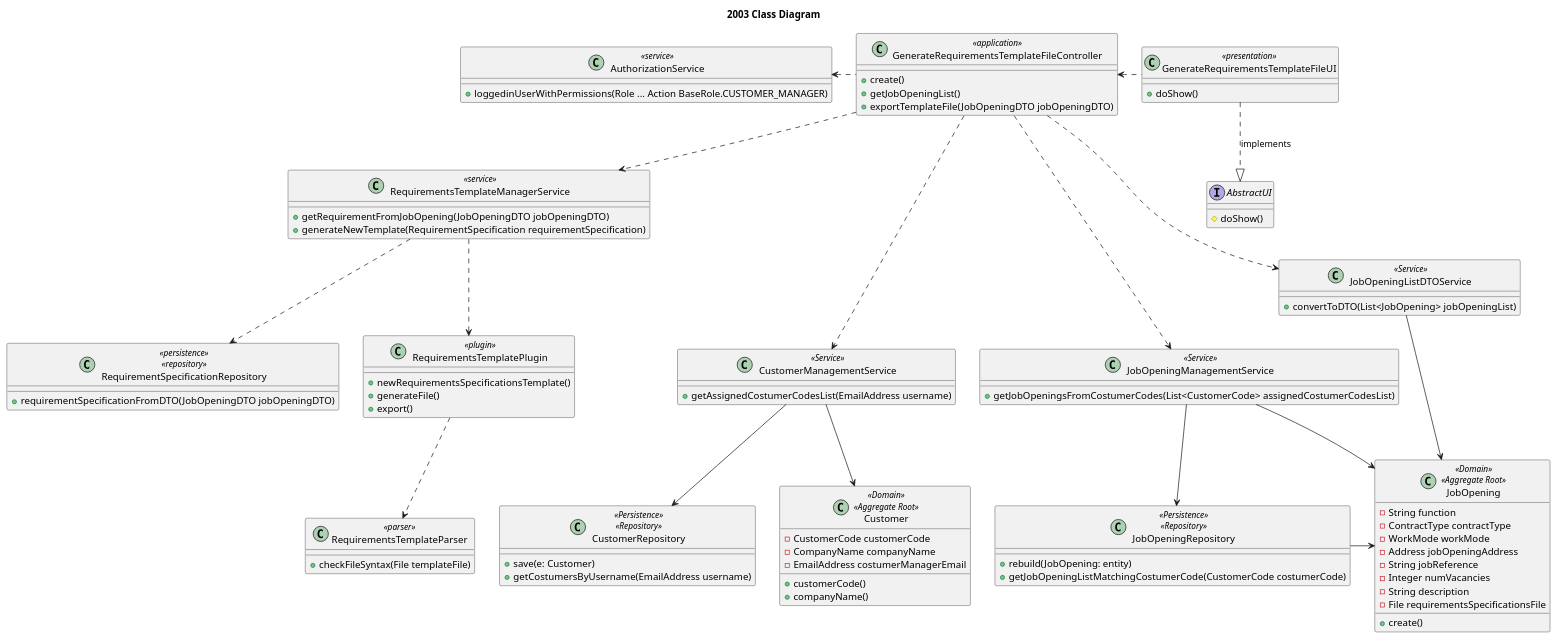
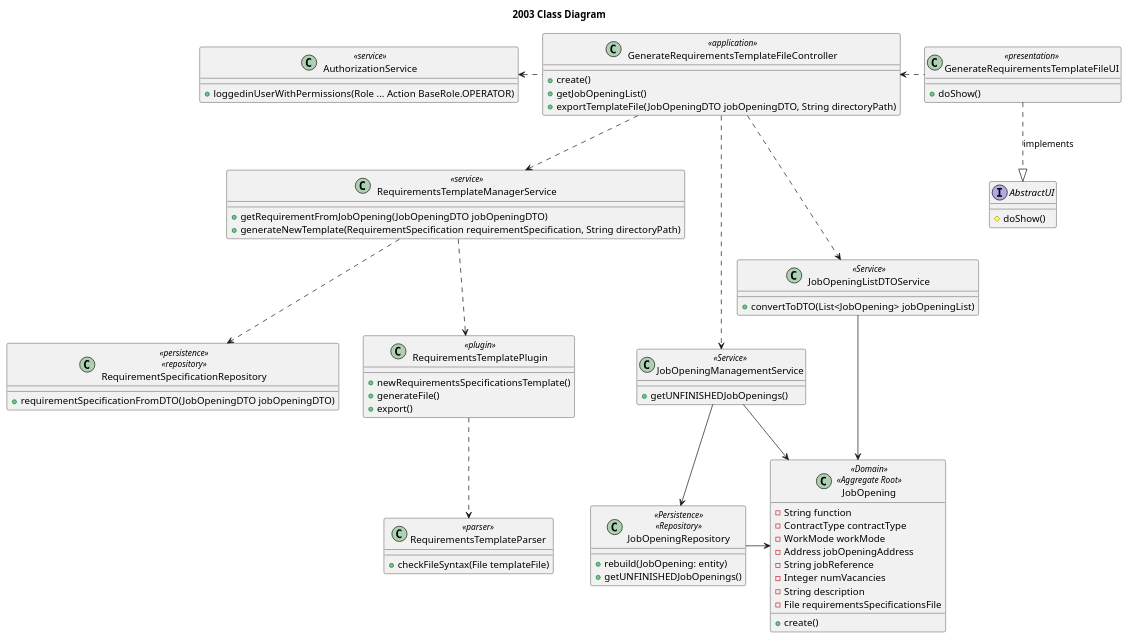
One commit to rita-barbosa/LAPR4-2324 changed the diagram in docs/sb_us_2003/US2003_Class_Diagram/us2003_class_diagram.puml. Above: the diagram before and after it, drawn with PlantUML. The commit also changed 4 other files, not shown here.

First line of the commit message:
docs: US2003 design diagram update

```diff
--- a/docs/sb_us_2003/US2003_Class_Diagram/us2003_class_diagram.puml
+++ b/docs/sb_us_2003/US2003_Class_Diagram/us2003_class_diagram.puml
@@ -1,109 +1,88 @@
 @startuml US2003_class_diagram
 'https://plantuml.com/class-diagram
 
 title 2003 Class Diagram
 
 interface AbstractUI {
 # doShow()
 }
 
 class GenerateRequirementsTemplateFileUI <<presentation>>  {
 + doShow()
 }
 
 class GenerateRequirementsTemplateFileController <<application>> {
 + create()
 + getJobOpeningList()
-+ exportTemplateFile(JobOpeningDTO jobOpeningDTO)
++ exportTemplateFile(JobOpeningDTO jobOpeningDTO, String directoryPath)
 }
 
 class RequirementsTemplateManagerService <<service>> {
 + getRequirementFromJobOpening(JobOpeningDTO jobOpeningDTO)
-+ generateNewTemplate(RequirementSpecification requirementSpecification)
++ generateNewTemplate(RequirementSpecification requirementSpecification, String directoryPath)
 }
 
 class RequirementSpecificationRepository <<persistence>>\n<<repository>> {
 + requirementSpecificationFromDTO(JobOpeningDTO jobOpeningDTO)
 }
 
 class RequirementsTemplatePlugin <<plugin>> {
 + newRequirementsSpecificationsTemplate()
 + generateFile()
 + export()
 }
 
 class RequirementsTemplateParser <<parser>> {
 + checkFileSyntax(File templateFile)
 }
 
 class AuthorizationService <<service>> {
-+ loggedinUserWithPermissions(Role ... Action BaseRole.CUSTOMER_MANAGER)
++ loggedinUserWithPermissions(Role ... Action BaseRole.OPERATOR)
 }
 
 class JobOpeningRepository <<Persistence>> <<Repository>> {
 + rebuild(JobOpening: entity)
-+ getJobOpeningListMatchingCostumerCode(CustomerCode costumerCode)
-}
-
-class CustomerManagementService <<Service>> {
-+ getAssignedCostumerCodesList(EmailAddress username)
-}
-
-class CustomerRepository  <<Persistence>> <<Repository>>  {
-+ save(e: Customer)
-+ getCostumersByUsername(EmailAddress username)
-}
-
-
-class Customer <<Domain>> <<Aggregate Root>> {
-- CustomerCode customerCode
-- CompanyName companyName
-- EmailAddress costumerManagerEmail
-+ customerCode()
-+ companyName()
++ getUNFINISHEDJobOpenings()
 }
 
 class JobOpeningManagementService <<Service>> {
-+ getJobOpeningsFromCostumerCodes(List<CustomerCode> assignedCostumerCodesList)
++ getUNFINISHEDJobOpenings()
 }
 
 class JobOpeningListDTOService <<Service>> {
 + convertToDTO(List<JobOpening> jobOpeningList)
 }
 
 class JobOpening <<Domain>> <<Aggregate Root>> {
 - String function
 - ContractType contractType
 - WorkMode workMode
 - Address jobOpeningAddress
 - String jobReference
 - Integer numVacancies
 - String description
 - File requirementsSpecificationsFile
 + create()
 }
 
 
 'Associations
 AbstractUI <|.up. GenerateRequirementsTemplateFileUI : implements
 GenerateRequirementsTemplateFileUI .left.> GenerateRequirementsTemplateFileController
 
 GenerateRequirementsTemplateFileController .left.> AuthorizationService
-GenerateRequirementsTemplateFileController ...> CustomerManagementService
 GenerateRequirementsTemplateFileController ...> JobOpeningManagementService
 GenerateRequirementsTemplateFileController ..> JobOpeningListDTOService
 GenerateRequirementsTemplateFileController ..> RequirementsTemplateManagerService
 
 'Domain Layer
-CustomerManagementService -down-> CustomerRepository
-CustomerManagementService --> Customer
 JobOpeningManagementService --> JobOpeningRepository
 JobOpeningManagementService --> JobOpening
 JobOpeningListDTOService --> JobOpening
 JobOpeningRepository -> JobOpening
 
 RequirementsTemplateManagerService ..> RequirementSpecificationRepository
 RequirementsTemplateManagerService ..> RequirementsTemplatePlugin
 RequirementsTemplatePlugin ..> RequirementsTemplateParser
 
 @enduml
```
